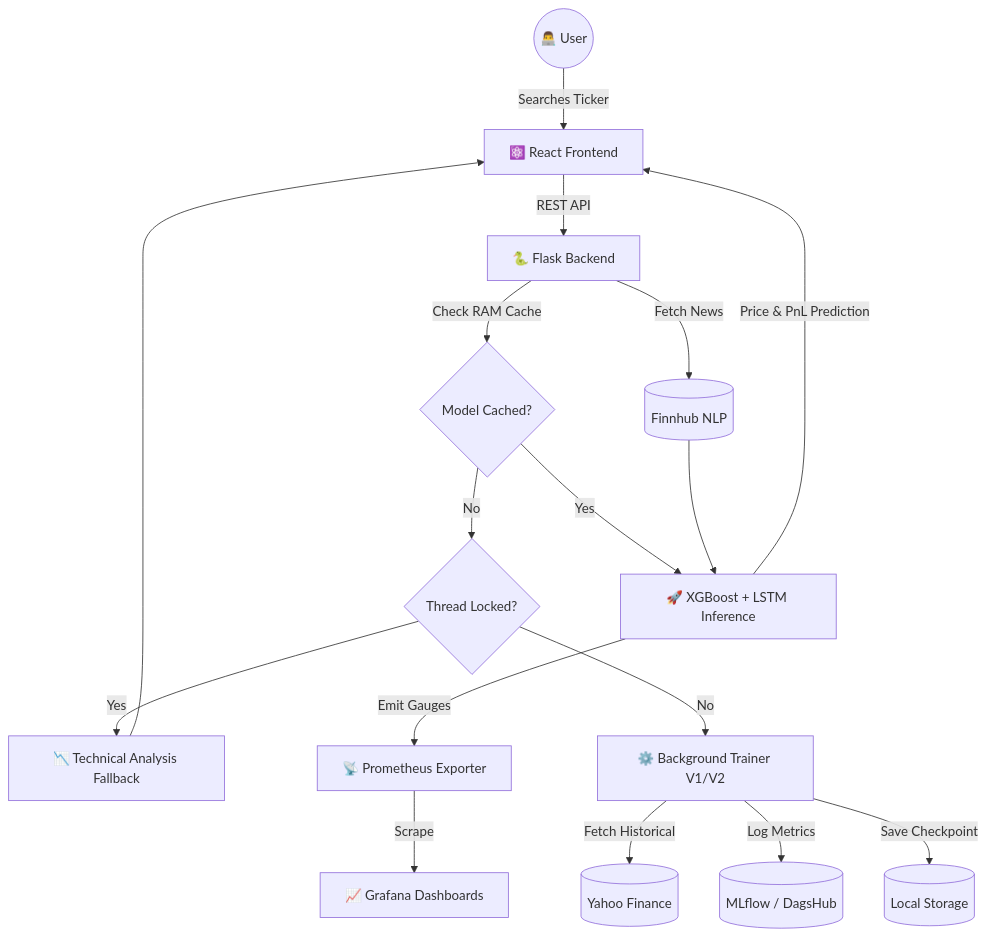
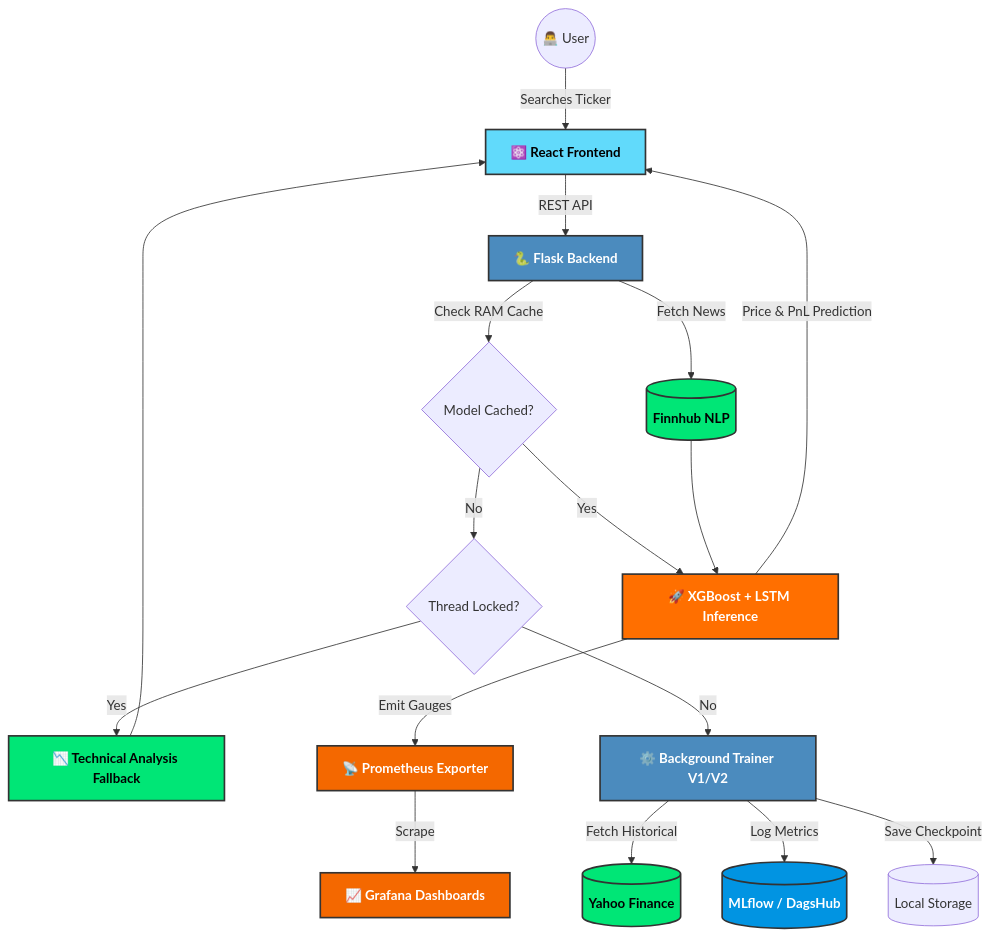
One commit to Naveenkumar-2007/Ai-stocks changed the diagram in README.md. Above: the diagram before and after it, drawn with Mermaid. The commit also changed other lines of this file and 2 other files, not shown here.

Commit message:
Fix image visibility, enhance architecture colors, and add Top 5 metrics table

````diff
--- a/README.md
+++ b/README.md
@@ -55,33 +55,46 @@
 ```mermaid
 graph TD
+    %% Advanced Styling
+    classDef frontend fill:#61DAFB,stroke:#333,stroke-width:2px,color:black,font-weight:bold;
+    classDef backend fill:#4B8BBE,stroke:#333,stroke-width:2px,color:white,font-weight:bold;
+    classDef inference fill:#FF6F00,stroke:#333,stroke-width:2px,color:white,font-weight:bold;
+    classDef registry fill:#0194E2,stroke:#333,stroke-width:2px,color:white,font-weight:bold;
+    classDef monitor fill:#F46800,stroke:#333,stroke-width:2px,color:white,font-weight:bold;
+    classDef data fill:#00E676,stroke:#333,stroke-width:2px,color:black,font-weight:bold;
+
     %% User Flow
     User((👨‍💻 User)) -->|Searches Ticker| UI[⚛️ React Frontend]
-    UI -->|REST API| API[🐍 Flask Backend]
+    UI:::frontend -->|REST API| API[🐍 Flask Backend]
     
     %% API Logic
-    API -->|Check RAM Cache| Cache{Model Cached?}
+    API:::backend -->|Check RAM Cache| Cache{Model Cached?}
     
     %% Inference Flow
     Cache -- Yes --> Inference[🚀 XGBoost + LSTM Inference]
     Cache -- No --> Lock{Thread Locked?}
     
     Lock -- Yes --> TA[📉 Technical Analysis Fallback]
     Lock -- No --> Training[⚙️ Background Trainer V1/V2]
     
     %% Training Pipeline
-    Training -->|Fetch Historical| YFinance[(Yahoo Finance)]
+    Training:::backend -->|Fetch Historical| YFinance[(Yahoo Finance)]
     Training -->|Log Metrics| Registry[(MLflow / DagsHub)]
     Training -->|Save Checkpoint| Disk[(Local Storage)]
     
     %% Observability
-    Inference -->|Emit Gauges| Prometheus[📡 Prometheus Exporter]
-    Prometheus -->|Scrape| Grafana[📈 Grafana Dashboards]
+    Inference:::inference -->|Emit Gauges| Prometheus[📡 Prometheus Exporter]
+    Prometheus:::monitor -->|Scrape| Grafana[📈 Grafana Dashboards]
     
     %% Sentiment
     API -->|Fetch News| Finnhub[(Finnhub NLP)]
-    Finnhub --> Inference
+    Finnhub:::data --> Inference
     
     %% Output
-    TA --> UI
+    TA:::data --> UI
     Inference -->|Price & PnL Prediction| UI
+    
+    %% Apply loose classes
+    Registry:::registry
+    Grafana:::monitor
+    YFinance:::data
 ```
````
